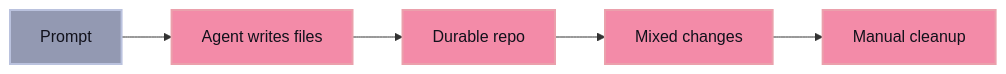
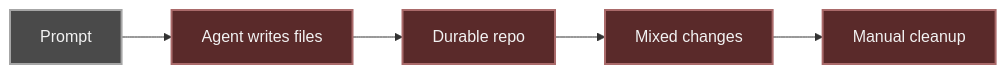
One commit to cloudboy-jh/glib-code-docs changed the first of 2 diagrams in src/content/docs/why.md. Above: the diagram before and after it, drawn with Mermaid. The commit also changed other lines of this file and 15 other files, not shown here.

````diff
--- a/src/content/docs/why.md
+++ b/src/content/docs/why.md
@@ -20,13 +20,13 @@
 ```mermaid
 flowchart LR
   Prompt["Prompt"] --> Agent["Agent writes files"]
   Agent --> Repo["Durable repo"]
   Repo --> Mess["Mixed changes"]
   Mess --> Cleanup["Manual cleanup"]
 
-  classDef bad fill:#f38ba8,stroke:#eba0ac,color:#11111b,stroke-width:2px
-  classDef neutral fill:#9399b2,stroke:#bac2de,color:#11111b,stroke-width:2px
+  classDef bad fill:#5a2a2a,stroke:#aa6a6a,color:#f2f2f2,stroke-width:2px
+  classDef neutral fill:#4a4a4a,stroke:#a6a6a6,color:#f2f2f2,stroke-width:2px
 
   class Agent,Repo,Mess,Cleanup bad
   class Prompt neutral
 ```
````
